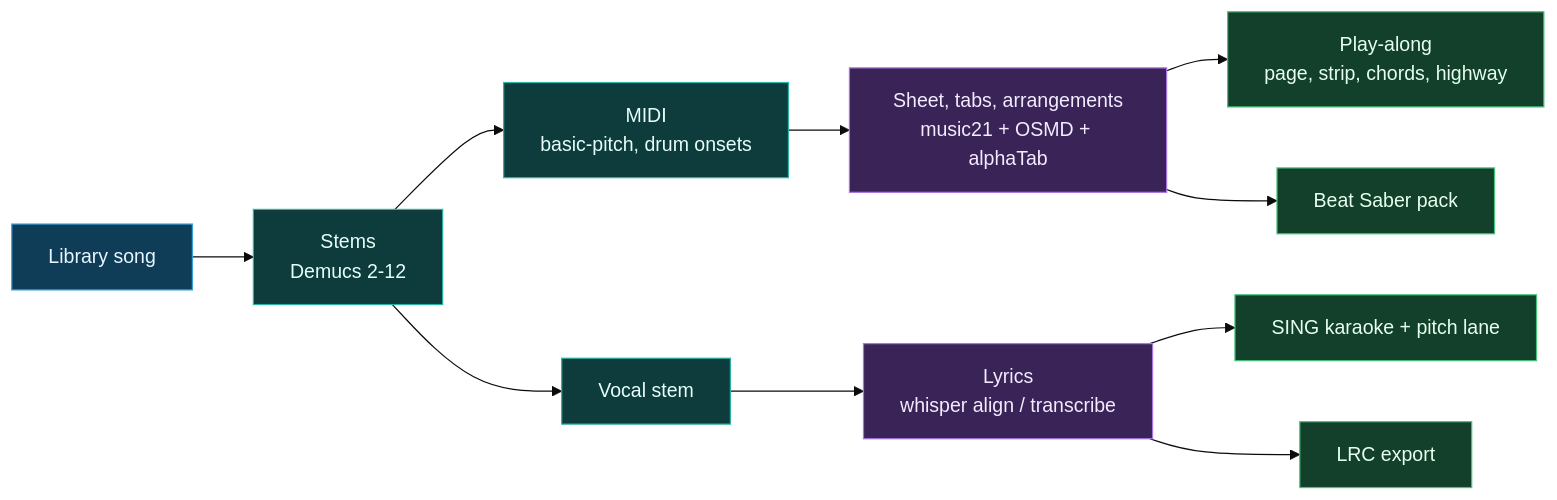
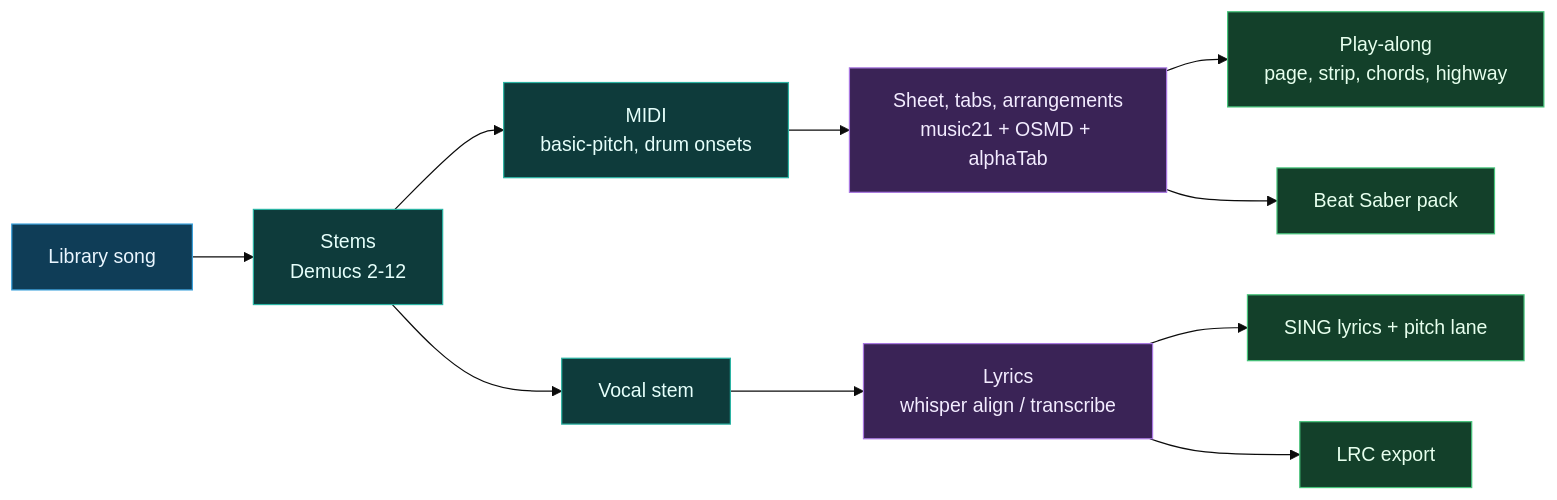
The third of 3 diagrams in README.md (danieljtrujillo/theDAW), drawn with Mermaid (base theme) before and after one commit. The commit also changed other lines of this file and 22 other files, not shown here.

````diff
--- a/README.md
+++ b/README.md
@@ -394,16 +423,16 @@
 ```mermaid
 flowchart LR
   SONG["Library song"]:::in --> STEMS["Stems<br/>Demucs 2-12"]:::proc
   STEMS --> MIDI["MIDI<br/>basic-pitch, drum onsets"]:::proc
   MIDI --> SCORE["Sheet, tabs, arrangements<br/>music21 + OSMD + alphaTab"]:::eng
   SCORE --> PLAY["Play-along<br/>page, strip, chords, highway"]:::out
   SCORE --> BS["Beat Saber pack"]:::out
   STEMS --> VOX["Vocal stem"]:::proc
   VOX --> LYR["Lyrics<br/>whisper align / transcribe"]:::eng
-  LYR --> SING["SING karaoke + pitch lane"]:::out
+  LYR --> SING["SING lyrics + pitch lane"]:::out
   LYR --> LRC["LRC export"]:::out
   classDef in fill:#0f3d57,stroke:#3aa0db,color:#eaf6ff;
   classDef eng fill:#3a2356,stroke:#a877e0,color:#f3ecff;
   classDef proc fill:#0e3b3b,stroke:#2bb3a3,color:#e6fffb;
   classDef out fill:#13402a,stroke:#46c47a,color:#e7ffee;
 ```
````
